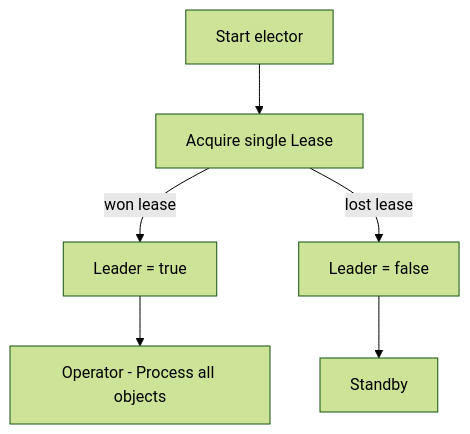
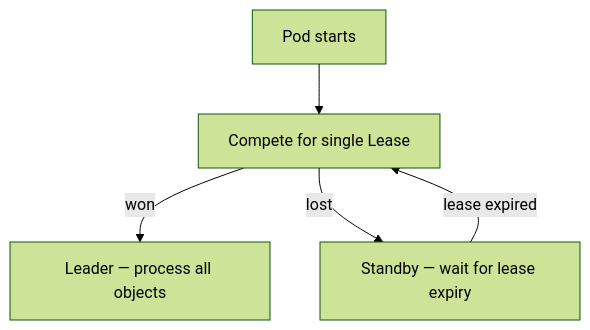
The first of 5 diagrams in README.md (sanketsudake/k8s-operator-leader-election), drawn with Mermaid (forest theme) before and after one commit. The commit also changed other lines of this file and 10 other files, not shown here.

````diff
--- a/README.md
+++ b/README.md
@@ -14,8 +14,7 @@
 ```mermaid
 flowchart TD
-    A[Start elector] --> B[Acquire single Lease]
-    B -->|won lease| C[Leader = true]
-    B -->|lost lease| D[Leader = false]
-    C --> E[Operator - Process all objects]
-    D --> F[Standby]
+    A[Pod starts] --> B[Compete for single Lease]
+    B -->|won| C[Leader — process all objects]
+    B -->|lost| D[Standby — wait for lease expiry]
+    D -->|lease expired| B
 ```
````
